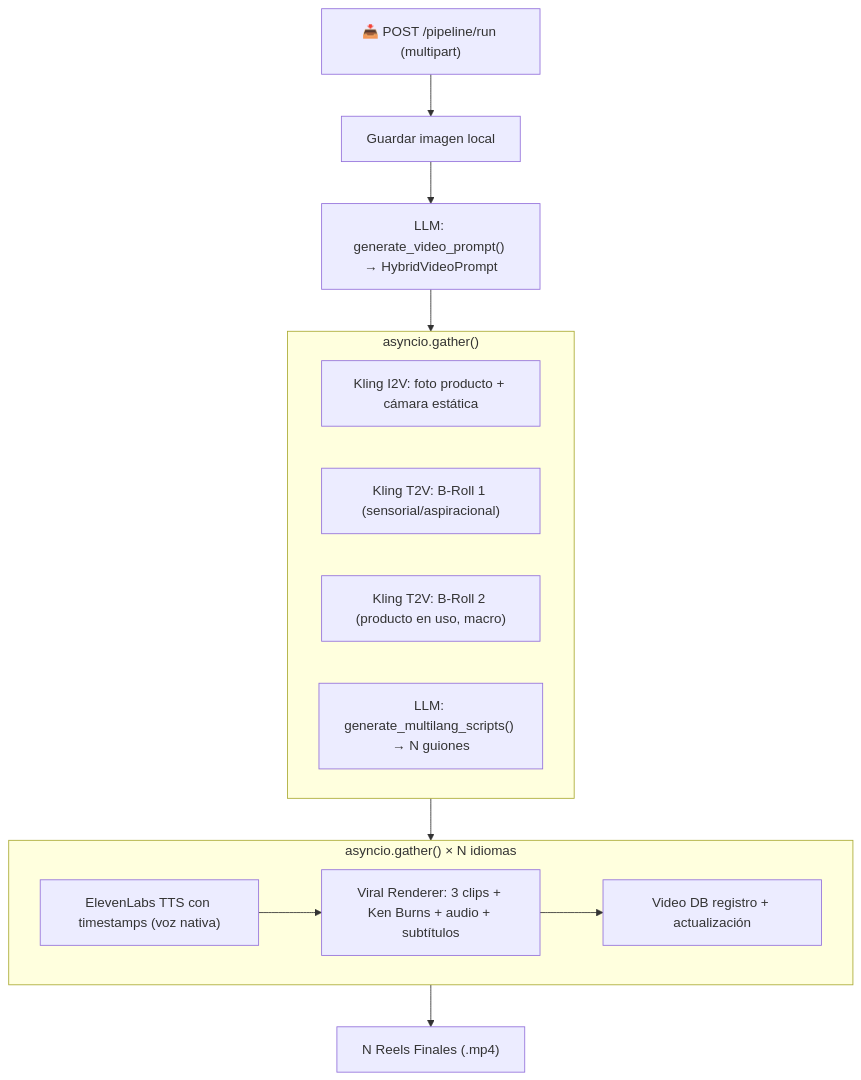
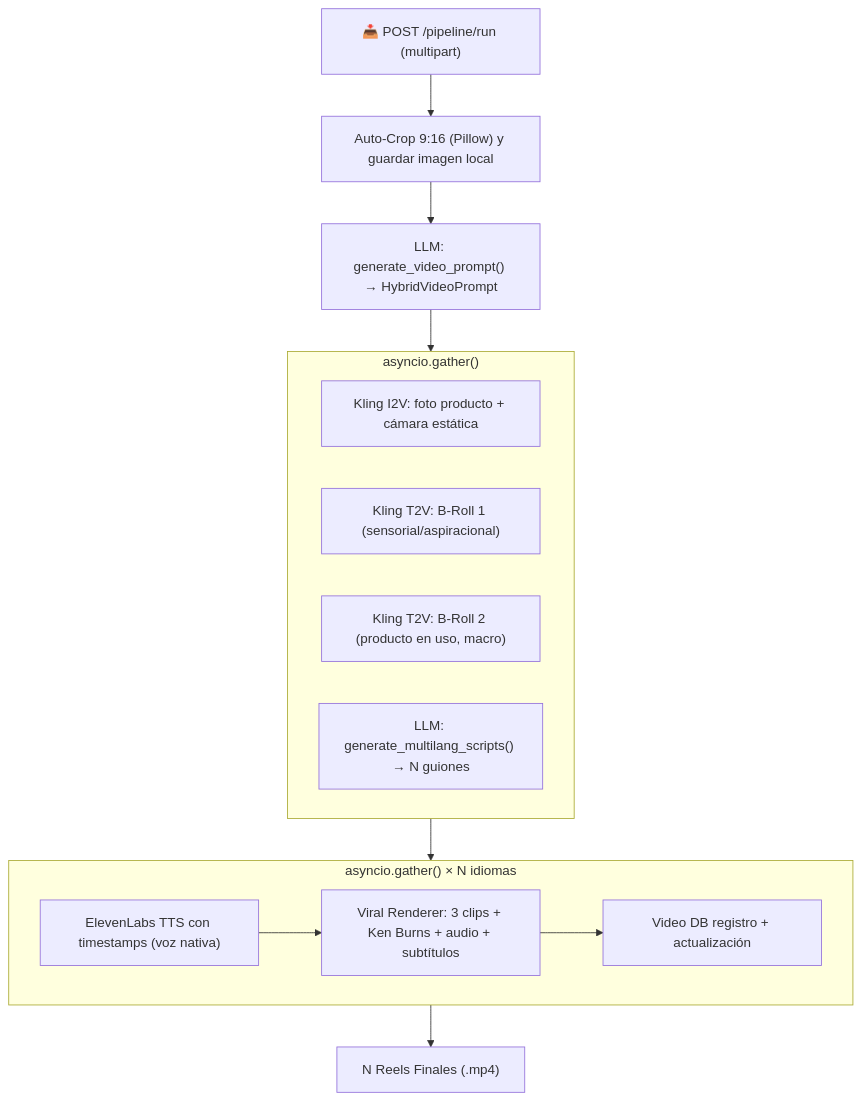
Before and after one commit to facusm/affiliate_marketing_bot: the second of 4 diagrams in workflow.md, drawn with Mermaid. The commit also changed other lines of this file and 1 other file, not shown here.

Commit message:
docs: actualizar README y workflow reflejando auto-crop 9:16 y el limite de 30 palabras

````diff
--- a/workflow.md
+++ b/workflow.md
@@ -300,24 +300,24 @@
 ```mermaid
 flowchart TD
-    A["📥 POST /pipeline/run (multipart)"] --> B["Guardar imagen local"]
+    A["📥 POST /pipeline/run (multipart)"] --> B["Auto-Crop 9:16 (Pillow) y guardar imagen local"]
     B --> PB1["LLM: generate_video_prompt() → HybridVideoPrompt"]
     
     PB1 --> PB2["Paso 2+3 en PARALELO"]
     
     subgraph PB2["asyncio.gather()"]
         PB2A["Kling I2V: foto producto + cámara estática"]
         PB2B["Kling T2V: B-Roll 1 (sensorial/aspiracional)"]
         PB2C["Kling T2V: B-Roll 2 (producto en uso, macro)"]
         PB2D["LLM: generate_multilang_scripts() → N guiones"]
     end
     
     PB2 --> PB3["Para cada idioma (en PARALELO, SessionLocal aislada)"]
     
     subgraph PB3["asyncio.gather() × N idiomas"]
         PB3A["ElevenLabs TTS con timestamps (voz nativa)"]
         PB3A --> PB3B["Viral Renderer: 3 clips + Ken Burns + audio + subtítulos"]
         PB3B --> PB3C["Video DB registro + actualización"]
     end
     
     PB3 --> PB4["N Reels Finales (.mp4)"]
 ```
````
